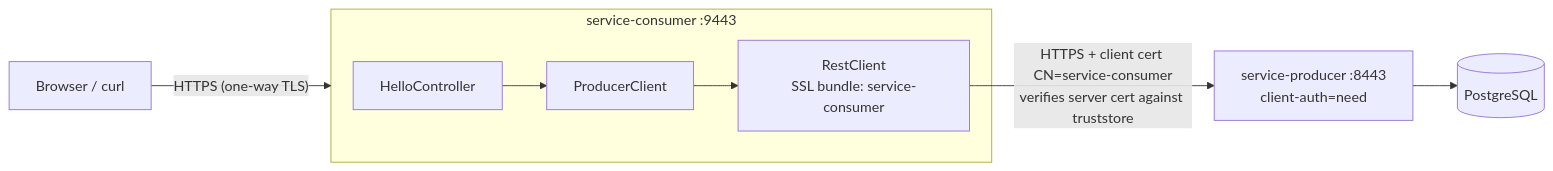
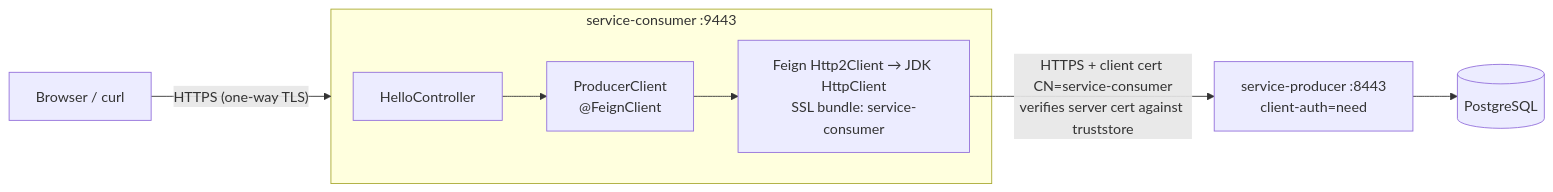
The diagram in service-consumer/README.md (himnay/learning-mtls), drawn with Mermaid before and after one commit. The commit also changed other lines of this file and 11 other files, not shown here.

````diff
--- a/service-consumer/README.md
+++ b/service-consumer/README.md
@@ -41,9 +42,9 @@
 ```mermaid
 flowchart LR
     user["Browser / curl"] -- "HTTPS (one-way TLS)" --> consumer
     subgraph consumer ["service-consumer :9443"]
-        hc[HelloController] --> pc[ProducerClient] --> rc["RestClient<br/>SSL bundle: service-consumer"]
+        hc[HelloController] --> pc["ProducerClient<br/>@FeignClient"] --> rc["Feign Http2Client → JDK HttpClient<br/>SSL bundle: service-consumer"]
     end
     rc -- "HTTPS + client cert CN=service-consumer<br/>verifies server cert against truststore" --> producer["service-producer :8443<br/>client-auth=need"]
     producer --> db[(PostgreSQL)]
 ```
````
